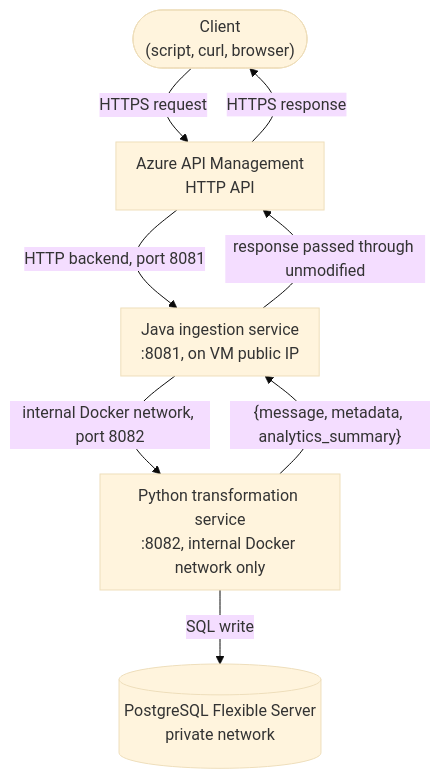
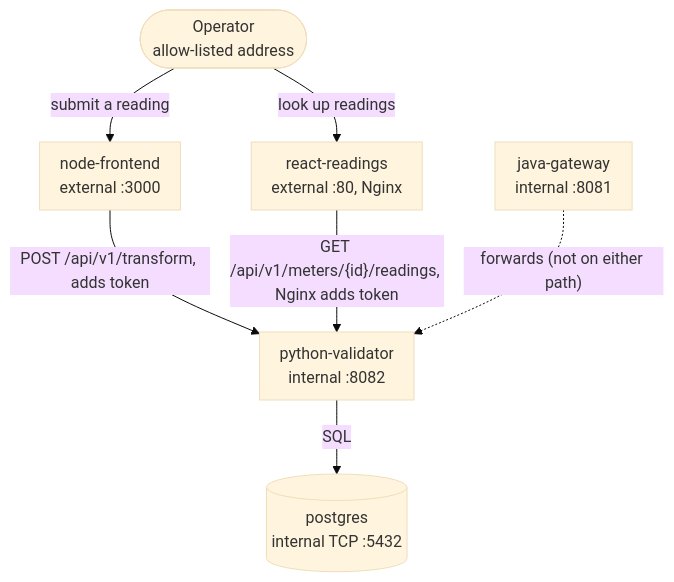
Before and after one commit to nikmar0808/eai-azure-poc: the second of 3 diagrams in docs/ARCHITECTURE_AZURE.md, drawn with Mermaid. The commit also changed other lines of this file and 2 other files, not shown here.

````diff
--- a/docs/ARCHITECTURE_AZURE.md
+++ b/docs/ARCHITECTURE_AZURE.md
@@ -116,17 +91,17 @@
 ```mermaid
 %%{init: {"theme":"base","themeVariables":{"fontFamily":"Arial","fontSize":"16px"},"flowchart":{"nodeSpacing":30,"rankSpacing":50,"padding":10}}}%%
 flowchart TB
-    Client(["Client\n(script, curl, browser)"])
-    APIM["Azure API Management\nHTTP API"]
-    Java["Java ingestion service\n:8081, on VM public IP"]
-    Python["Python transformation service\n:8082, internal Docker network only"]
-    DB[("PostgreSQL Flexible Server\nprivate network")]
+    Op(["Operator\nallow-listed address"])
+    Node["node-frontend\nexternal :3000"]
+    React["react-readings\nexternal :80, Nginx"]
+    Python["python-validator\ninternal :8082"]
+    Java["java-gateway\ninternal :8081"]
+    PG[("postgres\ninternal TCP :5432")]
 
-    Client -->|HTTPS request| APIM
-    APIM -->|HTTP backend, port 8081| Java
-    Java -->|internal Docker network, port 8082| Python
-    Python -->|SQL write| DB
-    Python -->|"{message, metadata, analytics_summary}"| Java
-    Java -->|response passed through unmodified| APIM
-    APIM -->|HTTPS response| Client
+    Op -->|"submit a reading"| Node
+    Op -->|"look up readings"| React
+    Node -->|"POST /api/v1/transform, adds token"| Python
+    React -->|"GET /api/v1/meters/{id}/readings, Nginx adds token"| Python
+    Java -.->|"forwards (not on either path)"| Python
+    Python -->|"SQL"| PG
 ```
````
